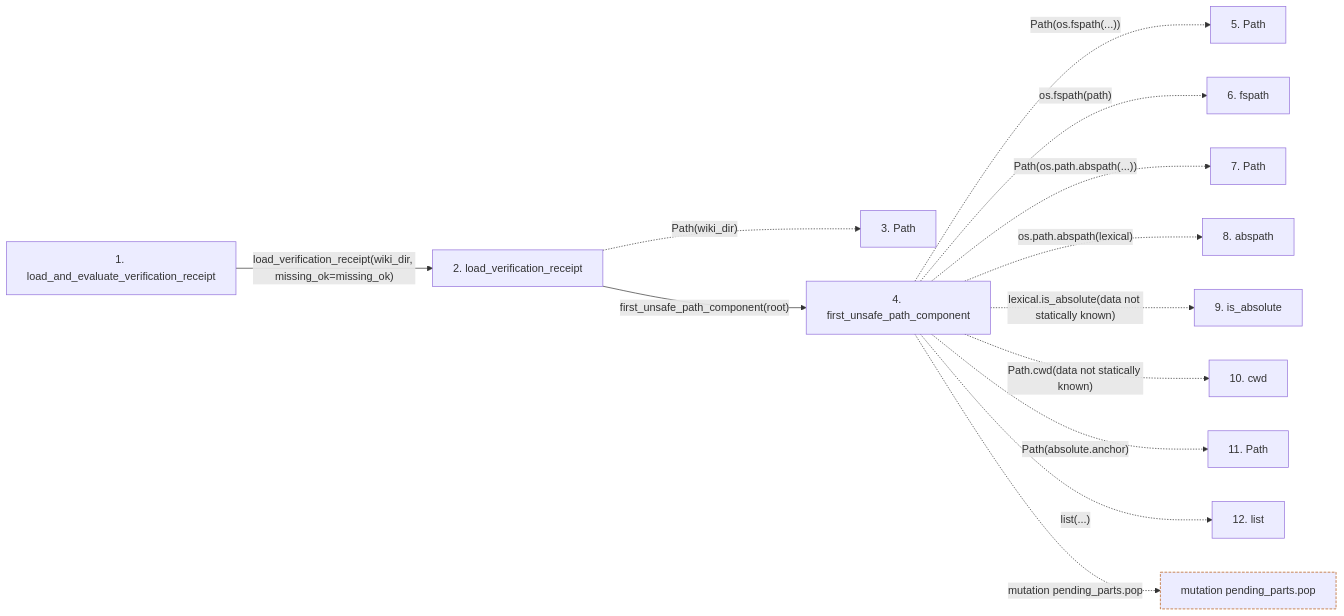
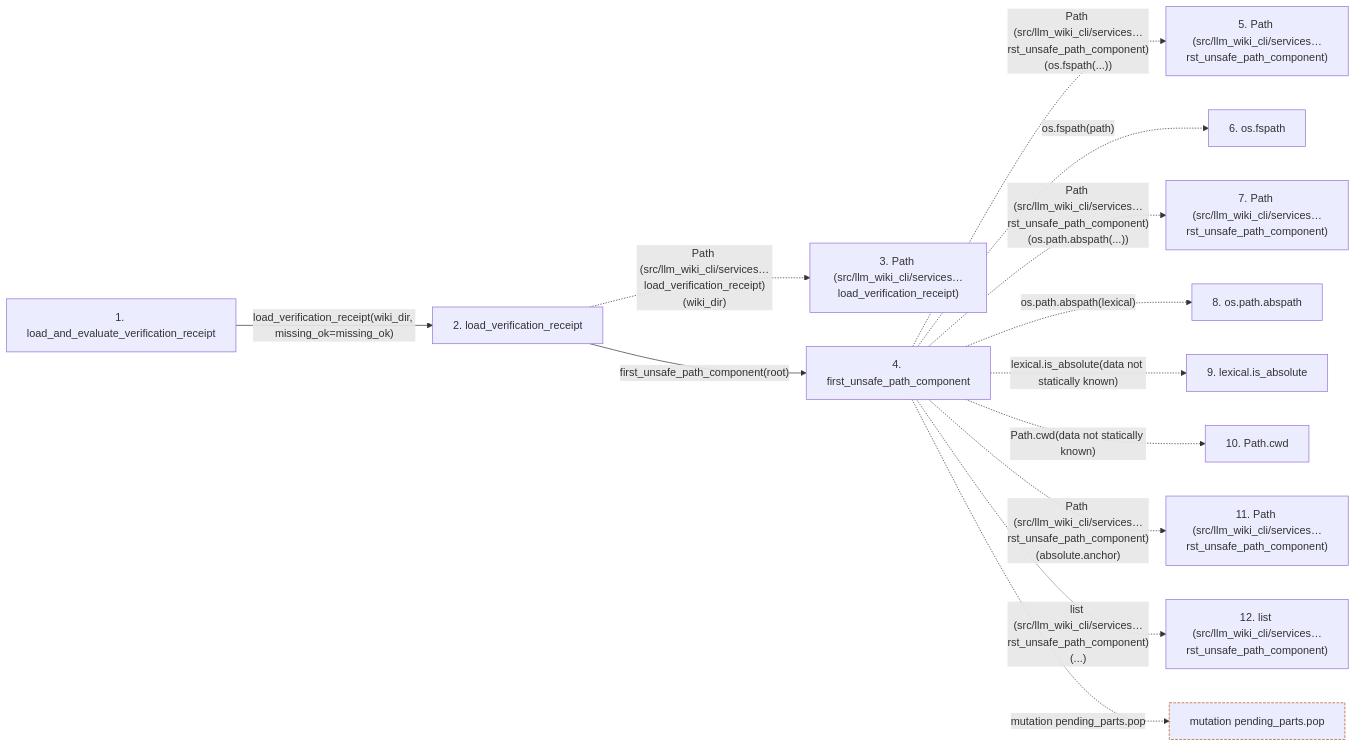
Before and after one commit to Denissvgn/python-wiki-llm: the second of 2 diagrams in docs/llm_wiki/flows/api-load_and_evaluate_verification_receipt.md, drawn with Mermaid. The commit also changed other lines of this file and 719 other files, not shown here.

````diff
--- a/docs/llm_wiki/flows/api-load_and_evaluate_verification_receipt.md
+++ b/docs/llm_wiki/flows/api-load_and_evaluate_verification_receipt.md
@@ -70,33 +72,33 @@
 ```mermaid
 flowchart LR
     s1["1. load_and_evaluate_verification_receipt"]
     s2["2. load_verification_receipt"]
-    s3["3. Path"]
+    s3["3. Path (src/llm_wiki_cli/services…load_verification_receipt)"]
     s4["4. first_unsafe_path_component"]
-    s5["5. Path"]
-    s6["6. fspath"]
-    s7["7. Path"]
-    s8["8. abspath"]
-    s9["9. is_absolute"]
-    s10["10. cwd"]
-    s11["11. Path"]
-    s12["12. list"]
+    s5["5. Path (src/llm_wiki_cli/services…rst_unsafe_path_component)"]
+    s6["6. os.fspath"]
+    s7["7. Path (src/llm_wiki_cli/services…rst_unsafe_path_component)"]
+    s8["8. os.path.abspath"]
+    s9["9. lexical.is_absolute"]
+    s10["10. Path.cwd"]
+    s11["11. Path (src/llm_wiki_cli/services…rst_unsafe_path_component)"]
+    s12["12. list (src/llm_wiki_cli/services…rst_unsafe_path_component)"]
     s1 -->|"load_verification_receipt(wiki_dir, missing_ok=missing_ok)"| s2
-    s2 -. "Path(wiki_dir)" .-> s3
+    s2 -. "Path (src/llm_wiki_cli/services…load_verification_receipt)(wiki_dir)" .-> s3
     s2 -->|"first_unsafe_path_component(root)"| s4
-    s4 -. "Path(os.fspath(...))" .-> s5
+    s4 -. "Path (src/llm_wiki_cli/services…rst_unsafe_path_component)(os.fspath(...))" .-> s5
     s4 -. "os.fspath(path)" .-> s6
-    s4 -. "Path(os.path.abspath(...))" .-> s7
+    s4 -. "Path (src/llm_wiki_cli/services…rst_unsafe_path_component)(os.path.abspath(...))" .-> s7
     s4 -. "os.path.abspath(lexical)" .-> s8
     s4 -. "lexical.is_absolute(data not statically known)" .-> s9
     s4 -. "Path.cwd(data not statically known)" .-> s10
-    s4 -. "Path(absolute.anchor)" .-> s11
-    s4 -. "list(...)" .-> s12
+    s4 -. "Path (src/llm_wiki_cli/services…rst_unsafe_path_component)(absolute.anchor)" .-> s11
+    s4 -. "list (src/llm_wiki_cli/services…rst_unsafe_path_component)(...)" .-> s12
     b0["mutation pending_parts.pop"]
     s4 -. "mutation pending_parts.pop" .-> b0
     click s1 "../modules/verification_contracts.md"
     click s2 "../modules/verification_contracts.md"
     click s4 "../modules/io.md"
     classDef boundary stroke:#b45309,stroke-dasharray: 4 2
     class b0 boundary
 ```
````
